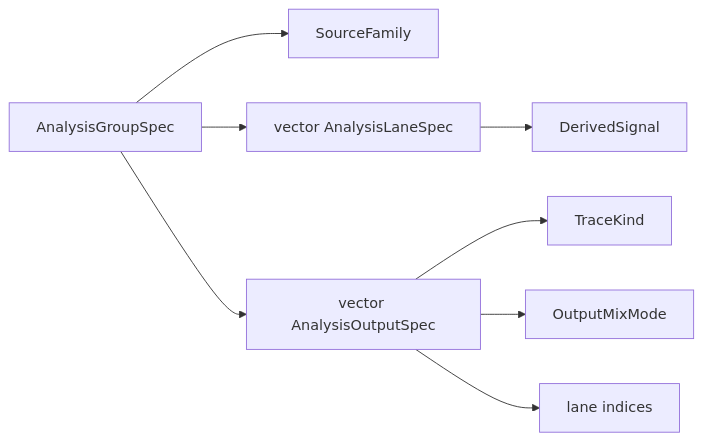
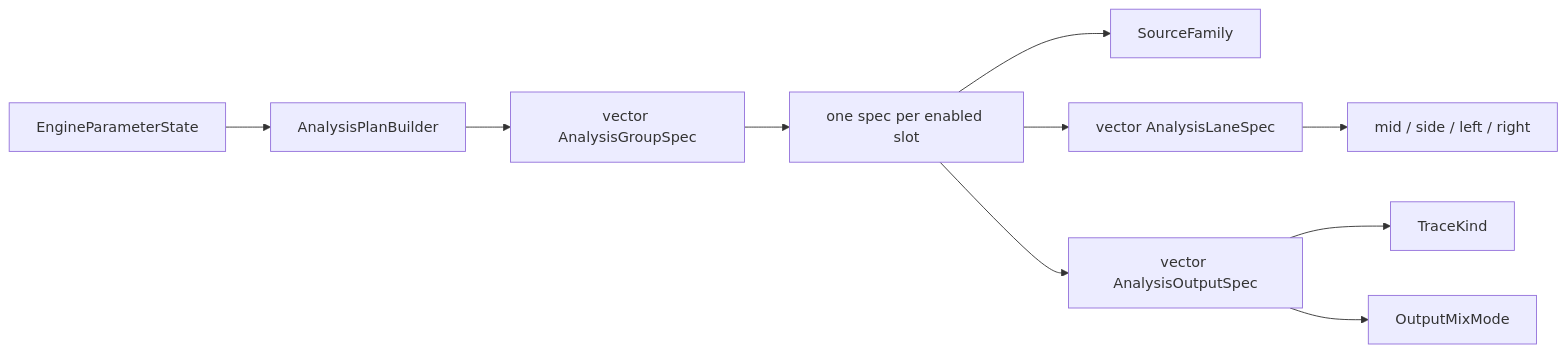
Before and after one commit to Silenterc/Band-Spectrum-Analyzer: the fifth of 8 diagrams in docs/audio-processing-architecture.md, drawn with Mermaid. The commit also changed other lines of this file and 49 other files, not shown here.

````diff
--- a/docs/audio-processing-architecture.md
+++ b/docs/audio-processing-architecture.md
@@ -107,10 +109,12 @@
 ```mermaid
 flowchart LR
-    AnalysisGroupSpec --> SourceFamily
-    AnalysisGroupSpec --> Lanes[vector AnalysisLaneSpec]
-    AnalysisGroupSpec --> Outputs[vector AnalysisOutputSpec]
-    Lanes --> DerivedSignal
+    EngineParams[EngineParameterState] --> PlanBuilder[AnalysisPlanBuilder]
+    PlanBuilder --> GroupSpecs[vector AnalysisGroupSpec]
+    GroupSpecs --> Group[one spec per enabled slot]
+    Group --> SourceFamily
+    Group --> Lanes[vector AnalysisLaneSpec]
+    Group --> Outputs[vector AnalysisOutputSpec]
+    Lanes --> DerivedSignal[mid / side / left / right]
     Outputs --> TraceKind
     Outputs --> OutputMixMode
-    Outputs --> LaneIndices[lane indices]
 ```
````
